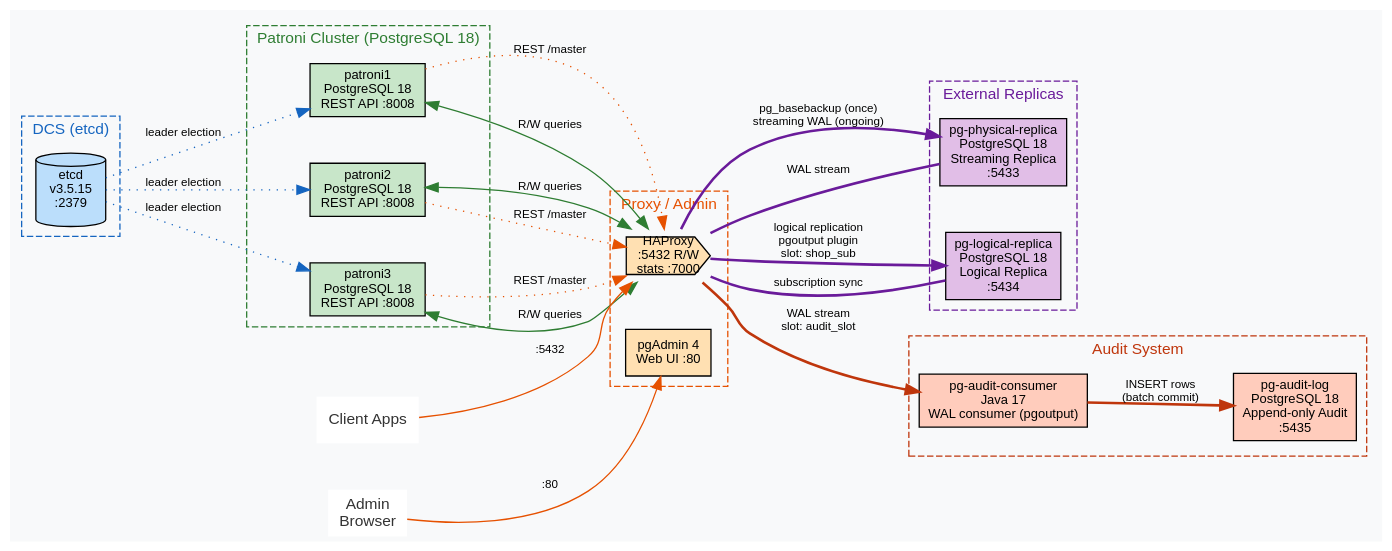
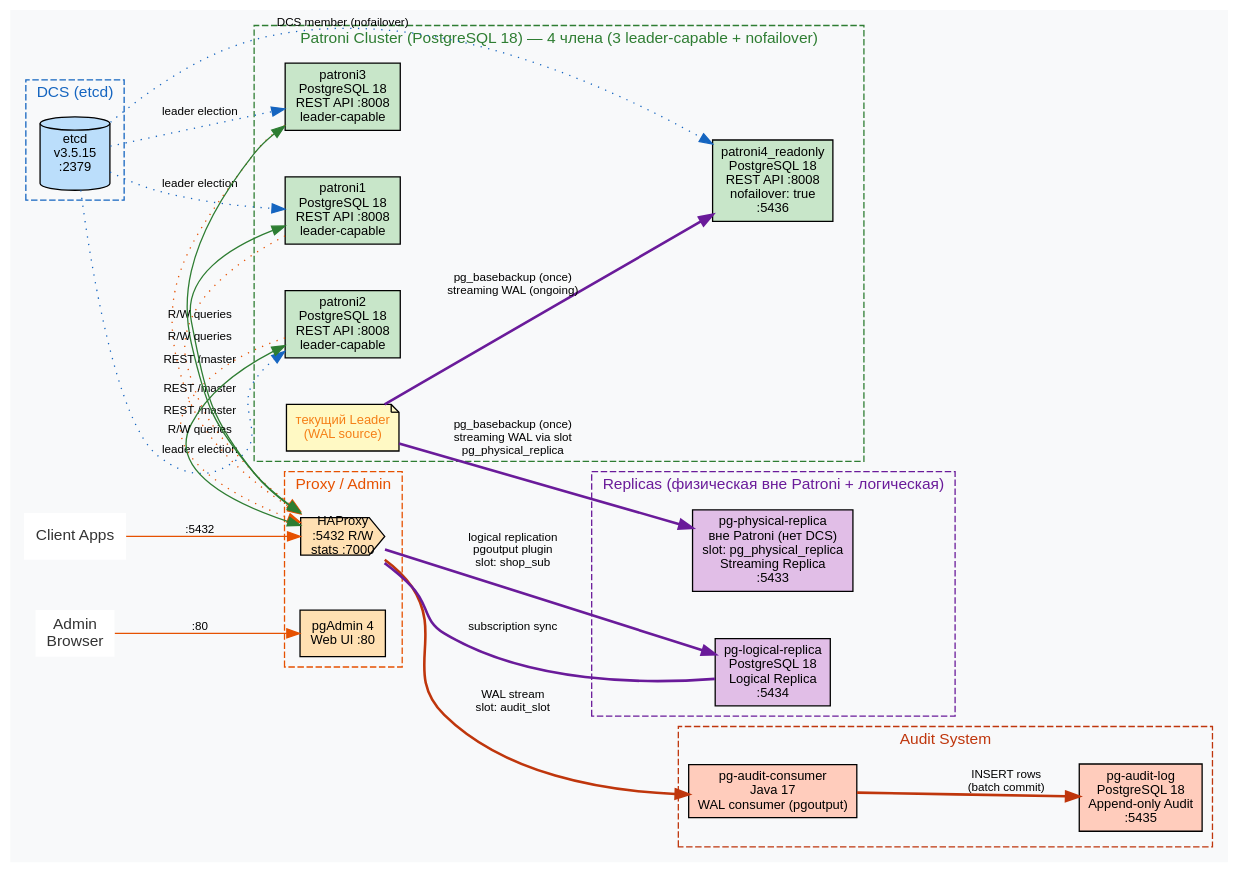
The diagram in patroni-cluster/architecture.dot (gertcik/db-patroni), drawn with Graphviz before and after one commit. The commit also changed 39 other files, not shown here.

```diff
--- a/patroni-cluster/architecture.dot
+++ b/patroni-cluster/architecture.dot
@@ -1,99 +1,104 @@
 digraph G {
     rankdir=LR;
     splines=true;
     nodesep=0.5;
     ranksep=0.7;
     bgcolor="#f8f9fa";
     fontname="Arial";
     fontsize=11;
 
     node [shape=box, style=filled, fillcolor="white", fontname="Arial", fontsize=10];
     edge [fontname="Arial", fontsize=9];
 
     subgraph cluster_dcs {
         label="DCS (etcd)";
         style=dashed;
         fillcolor="#e3f2fd";
         color="#1565c0";
         fontcolor="#1565c0";
         fontsize=12;
 
         etcd [label="etcd\nv3.5.15\n:2379", fillcolor="#bbdefb", shape=cylinder];
     }
 
     subgraph cluster_patroni {
-        label="Patroni Cluster (PostgreSQL 18)";
+        label="Patroni Cluster (PostgreSQL 18) — 4 члена (3 leader-capable + nofailover)";
         style=dashed;
         fillcolor="#e8f5e9";
         color="#2e7d32";
         fontcolor="#2e7d32";
         fontsize=12;
 
-        patroni1 [label="patroni1\nPostgreSQL 18\nREST API :8008", fillcolor="#c8e6c9"];
-        patroni2 [label="patroni2\nPostgreSQL 18\nREST API :8008", fillcolor="#c8e6c9"];
-        patroni3 [label="patroni3\nPostgreSQL 18\nREST API :8008", fillcolor="#c8e6c9"];
+        patroni1 [label="patroni1\nPostgreSQL 18\nREST API :8008\nleader-capable", fillcolor="#c8e6c9"];
+        patroni2 [label="patroni2\nPostgreSQL 18\nREST API :8008\nleader-capable", fillcolor="#c8e6c9"];
+        patroni3 [label="patroni3\nPostgreSQL 18\nREST API :8008\nleader-capable", fillcolor="#c8e6c9"];
+        patroni4_readonly [label="patroni4_readonly\nPostgreSQL 18\nREST API :8008\nnofailover: true\n:5436", fillcolor="#c8e6c9"];
+
+        // Абстракция: любой из patroni1/2/3 в роли текущего лидера (WAL source)
+        leader [label="текущий Leader\n(WAL source)", shape=note, fillcolor="#fff9c4", fontcolor="#f57f17"];
     }
 
     subgraph cluster_proxy {
         label="Proxy / Admin";
         style=dashed;
         fillcolor="#fff3e0";
         color="#e65100";
         fontcolor="#e65100";
         fontsize=12;
 
         haproxy [label="HAProxy\n:5432 R/W\nstats :7000", fillcolor="#ffe0b2", shape=cds];
         pgadmin [label="pgAdmin 4\nWeb UI :80", fillcolor="#ffe0b2"];
     }
 
     subgraph cluster_replicas {
-        label="External Replicas";
+        label="Replicas (физическая вне Patroni + логическая)";
         style=dashed;
         fillcolor="#f3e5f5";
         color="#6a1b9a";
         fontcolor="#6a1b9a";
         fontsize=12;
 
-        physical [label="pg-physical-replica\nPostgreSQL 18\nStreaming Replica\n:5433", fillcolor="#e1bee7"];
+        physical [label="pg-physical-replica\nвне Patroni (нет DCS)\nslot: pg_physical_replica\nStreaming Replica\n:5433", fillcolor="#e1bee7"];
         logical [label="pg-logical-replica\nPostgreSQL 18\nLogical Replica\n:5434", fillcolor="#e1bee7"];
     }
 
     subgraph cluster_audit {
         label="Audit System";
         style=dashed;
         fillcolor="#fbe9e7";
         color="#bf360c";
         fontcolor="#bf360c";
         fontsize=12;
 
         audit_consumer [label="pg-audit-consumer\nJava 17\nWAL consumer (pgoutput)", fillcolor="#ffccbc"];
         audit_log [label="pg-audit-log\nPostgreSQL 18\nAppend-only Audit\n:5435", fillcolor="#ffccbc"];
     }
 
     etcd -> patroni1 [label=" leader election", style=dotted, color="#1565c0"];
     etcd -> patroni2 [label=" leader election", style=dotted, color="#1565c0"];
     etcd -> patroni3 [label=" leader election", style=dotted, color="#1565c0"];
+    etcd -> patroni4_readonly [label=" DCS member (nofailover)", style=dotted, color="#1565c0"];
 
     patroni1 -> haproxy [label=" REST /master", style=dotted, color="#e65100"];
     patroni2 -> haproxy [label=" REST /master", style=dotted, color="#e65100"];
     patroni3 -> haproxy [label=" REST /master", style=dotted, color="#e65100"];
 
     haproxy -> patroni1 [label=" R/W queries", dir=both, color="#2e7d32"];
     haproxy -> patroni2 [label=" R/W queries", dir=both, color="#2e7d32"];
     haproxy -> patroni3 [label=" R/W queries", dir=both, color="#2e7d32"];
 
-    haproxy -> physical [label=" pg_basebackup (once)\n streaming WAL (ongoing)", style=bold, color="#6a1b9a"];
-    physical -> haproxy [label=" WAL stream", style=bold, dir=none, color="#6a1b9a"];
+    leader -> physical [label=" pg_basebackup (once)\n streaming WAL via slot\n pg_physical_replica", style=bold, color="#6a1b9a"];
+    leader -> patroni4_readonly [label=" pg_basebackup (once)\n streaming WAL (ongoing)", style=bold, color="#6a1b9a"];
 
     haproxy -> logical [label=" logical replication\n pgoutput plugin\n slot: shop_sub", style=bold, color="#6a1b9a"];
     logical -> haproxy [label=" subscription sync", style=bold, dir=none, color="#6a1b9a"];
 
     haproxy -> audit_consumer [label=" WAL stream\n slot: audit_slot", style=bold, color="#bf360c"];
     audit_consumer -> audit_log [label=" INSERT rows\n (batch commit)", style=bold, color="#bf360c"];
 
     user [label="Client Apps", shape=plaintext, fontsize=12, fontcolor="gray20"];
     user -> haproxy [label=" :5432", color="#e65100"];
 
     admin [label="Admin\nBrowser", shape=plaintext, fontsize=12, fontcolor="gray20"];
     admin -> pgadmin [label=" :80", color="#e65100"];
 }
```
